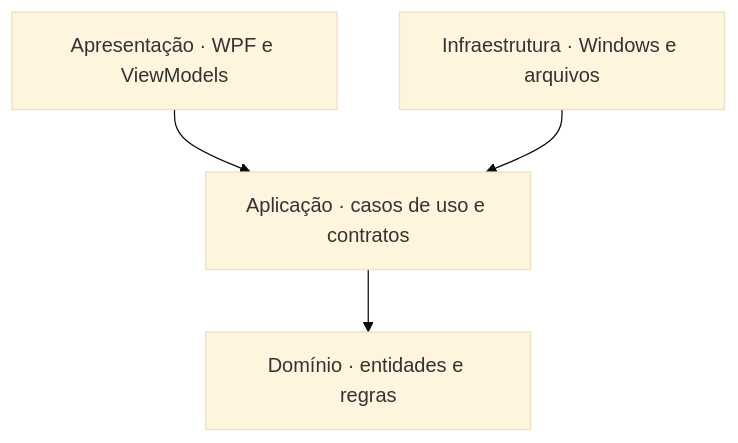
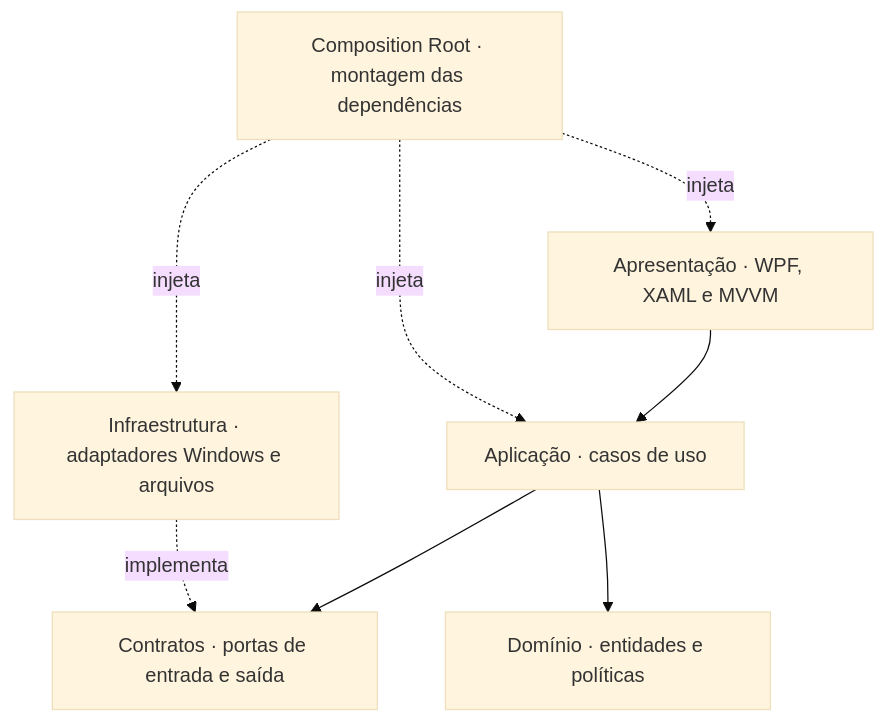
One commit to muriloai/NetStatAnalyzer changed the diagram in README.md. Above: the diagram before and after it, drawn with Mermaid (base theme). The commit also changed other lines of this file, not shown here.

First line of the commit message:
docs(readme): update technologies and architecture sections

````diff
--- a/README.md
+++ b/README.md
@@ -39,6 +41,10 @@
 ```mermaid
 flowchart TD
-    Presentation["Apresentação · WPF e ViewModels"] --> Application["Aplicação · casos de uso e contratos"]
-    Infrastructure["Infraestrutura · Windows e arquivos"] --> Application
-    Application --> Domain["Domínio · entidades e regras"]
+    Presentation["Apresentação · WPF, XAML e MVVM"] --> UseCases["Aplicação · casos de uso"]
+    UseCases --> Contracts["Contratos · portas de entrada e saída"]
+    Infrastructure["Infraestrutura · adaptadores Windows e arquivos"] -. implementa .-> Contracts
+    UseCases --> Domain["Domínio · entidades e políticas"]
+    Composition["Composition Root · montagem das dependências"] -. injeta .-> Presentation
+    Composition -. injeta .-> UseCases
+    Composition -. injeta .-> Infrastructure
 ```
````
